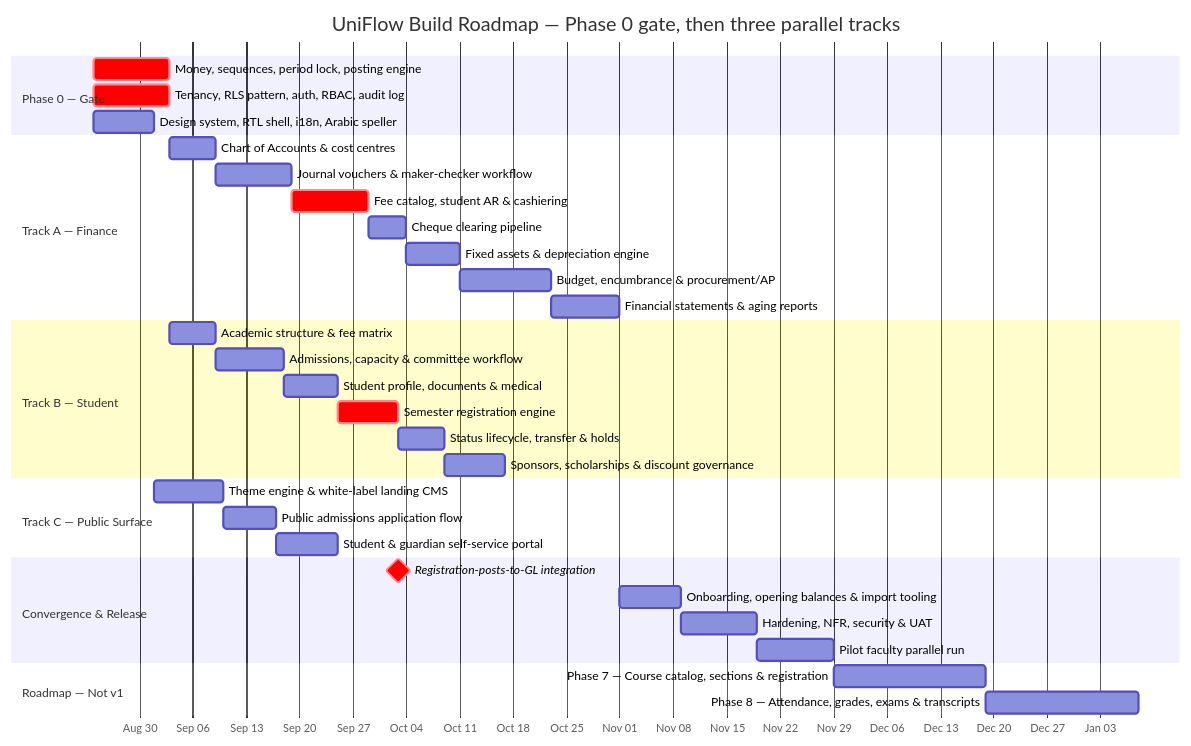
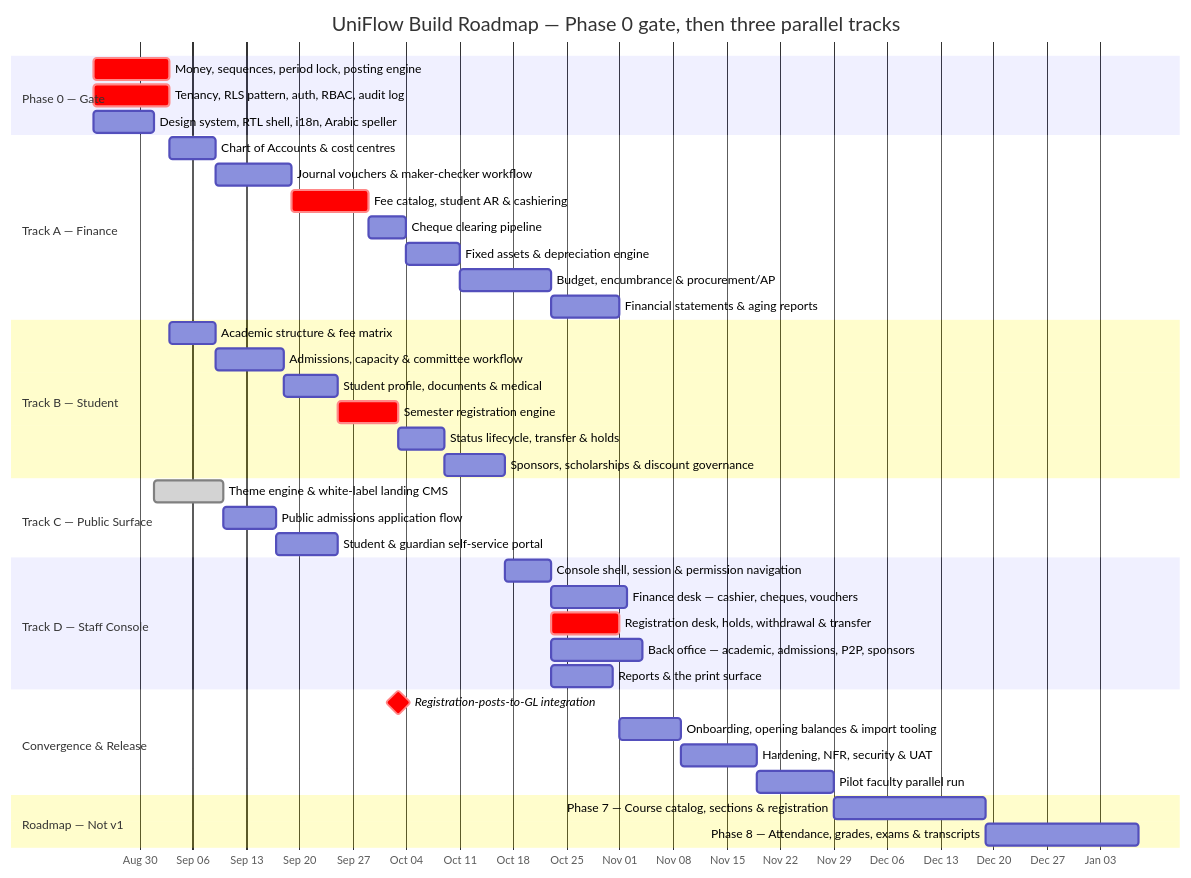
One commit to Mohammed-almahadi-tr/uni changed the second of 2 diagrams in implementation_plan.md. Above: the diagram before and after it, drawn with Mermaid. The commit also changed other lines of this file and 27 other files, not shown here.

````diff
--- a/implementation_plan.md
+++ b/implementation_plan.md
@@ -912,43 +924,50 @@
 ```mermaid
 gantt
     title UniFlow Build Roadmap — Phase 0 gate, then three parallel tracks
     dateFormat YYYY-MM-DD
     axisFormat %b %d
 
     section Phase 0 — Gate
     Money, sequences, period lock, posting engine   :crit, p0a, 2026-08-24, 10d
     Tenancy, RLS pattern, auth, RBAC, audit log     :crit, p0b, 2026-08-24, 10d
     Design system, RTL shell, i18n, Arabic speller  :p0c, 2026-08-24, 8d
 
     section Track A — Finance
     Chart of Accounts & cost centres                :a1, after p0a, 6d
     Journal vouchers & maker-checker workflow       :a2, after a1, 10d
     Fee catalog, student AR & cashiering            :crit, a3, after a2, 10d
     Cheque clearing pipeline                        :a4, after a3, 5d
     Fixed assets & depreciation engine              :a5, after a4, 7d
     Budget, encumbrance & procurement/AP            :a6, after a5, 12d
     Financial statements & aging reports            :a7, after a6, 9d
 
     section Track B — Student
     Academic structure & fee matrix                 :b1, after p0b, 6d
     Admissions, capacity & committee workflow       :b2, after b1, 9d
     Student profile, documents & medical            :b3, after b2, 7d
     Semester registration engine                    :crit, b4, after b3, 8d
     Status lifecycle, transfer & holds              :b5, after b4, 6d
     Sponsors, scholarships & discount governance    :b6, after b5, 8d
 
     section Track C — Public Surface
-    Theme engine & white-label landing CMS          :c1, after p0c, 9d
+    Theme engine & white-label landing CMS          :done, c1, after p0c, 9d
     Public admissions application flow              :c2, after c1, 7d
     Student & guardian self-service portal          :c3, after c2, 8d
+
+    section Track D — Staff Console
+    Console shell, session & permission navigation  :d1, after c1 b6, 6d
+    Finance desk — cashier, cheques, vouchers       :d2, after d1, 10d
+    Registration desk, holds, withdrawal & transfer :crit, d3, after d1, 9d
+    Back office — academic, admissions, P2P, sponsors :d4, after d1, 12d
+    Reports & the print surface                     :d5, after d1, 8d
 
     section Convergence & Release
     Registration-posts-to-GL integration            :crit, milestone, m1, after a3 b4, 0d
     Onboarding, opening balances & import tooling   :r1, after a7, 8d
-    Hardening, NFR, security & UAT                  :r2, after r1, 10d
+    Hardening, NFR, security & UAT                  :r2, after r1 d3 d5, 10d
     Pilot faculty parallel run                      :r3, after r2, 10d
 
     section Roadmap — Not v1
     Phase 7 — Course catalog, sections & registration :f1, after r3, 20d
     Phase 8 — Attendance, grades, exams & transcripts :f2, after f1, 20d
 ```
````
